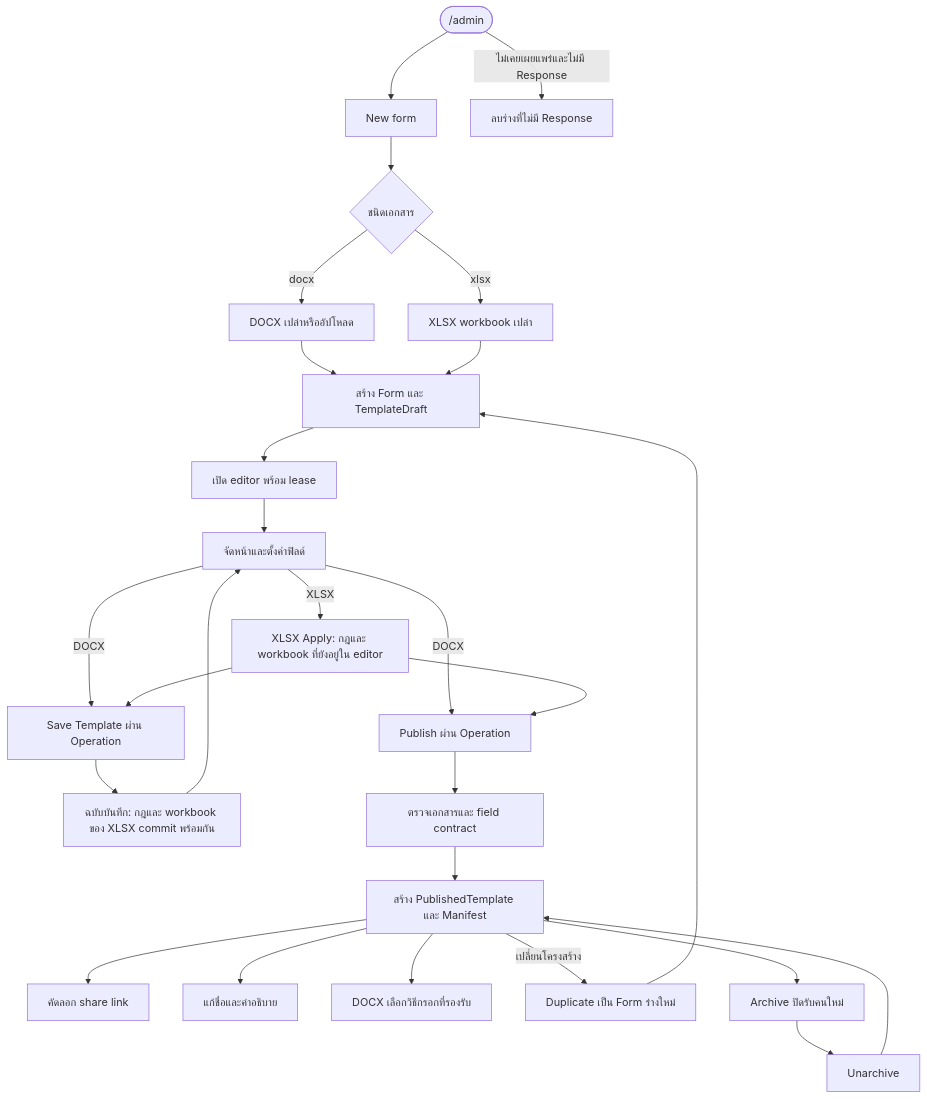
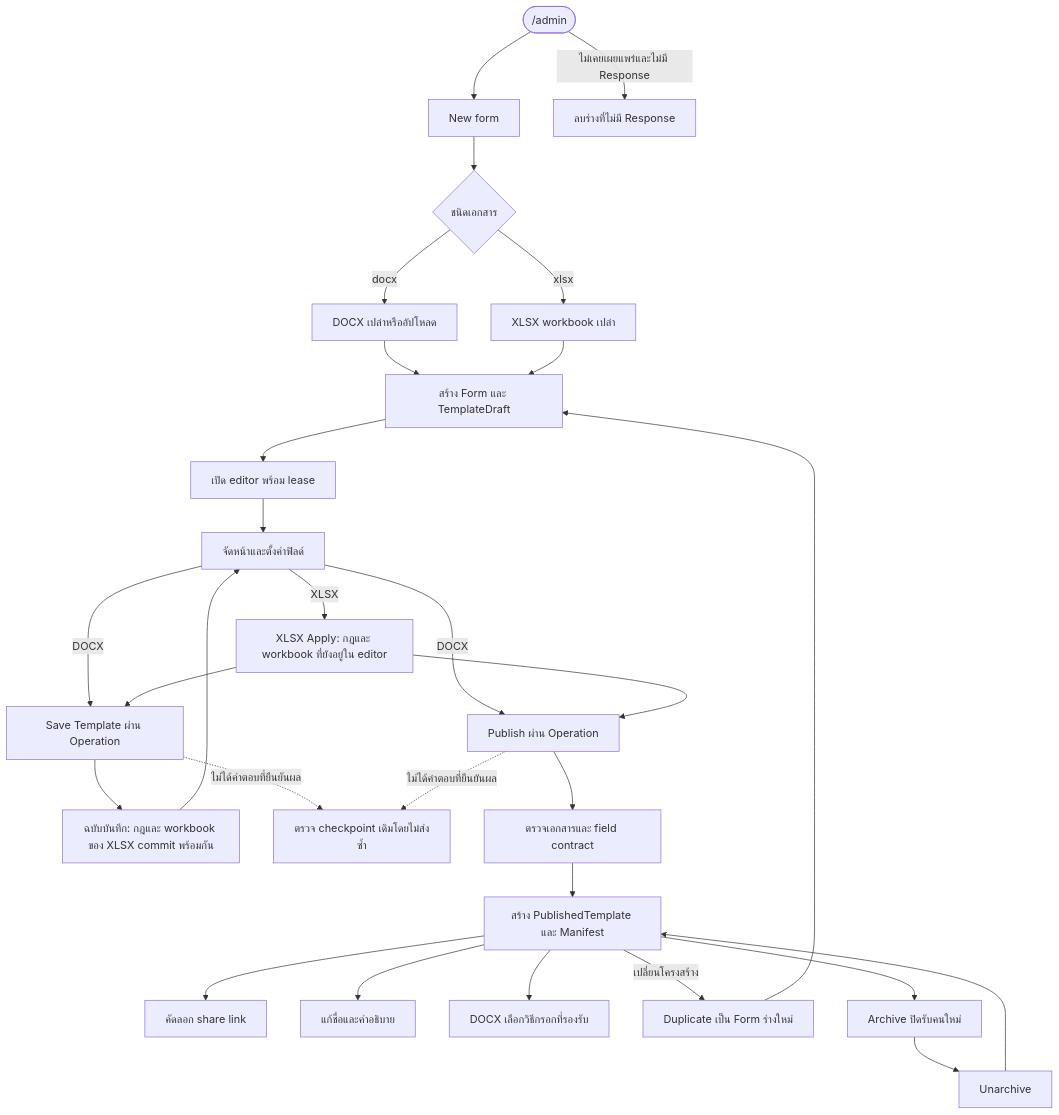
Before and after one commit to AquilaStudio2/folio-forms: the fifth of 22 diagrams in .scratch/system-workflow/system-map.md, drawn with Mermaid. The commit also changed other lines of this file and 31 other files, not shown here.

First line of the commit message:
docs(xlsx): publish verified workbook flows and record native evidence limits

````diff
--- a/.scratch/system-workflow/system-map.md
+++ b/.scratch/system-workflow/system-map.md
@@ -362,40 +364,43 @@
 ```mermaid
 flowchart TD
     list(["/admin"])
     create["New form"]
     kind{"ชนิดเอกสาร"}
     docx["DOCX เปล่าหรืออัปโหลด"]
     xlsx["XLSX workbook เปล่า"]
     draft["สร้าง Form และ TemplateDraft"]
     lease["เปิด editor พร้อม lease"]
     design["จัดหน้าและตั้งค่าฟิลด์"]
     working["XLSX Apply: กฎและ workbook ที่ยังอยู่ใน editor"]
     save["Save Template ผ่าน Operation"]
     saved["ฉบับบันทึก: กฎและ workbook ของ XLSX commit พร้อมกัน"]
     publish["Publish ผ่าน Operation"]
+    recover["ตรวจ checkpoint เดิมโดยไม่ส่งซ้ำ"]
     validate["ตรวจเอกสารและ field contract"]
     immutable["สร้าง PublishedTemplate และ Manifest"]
     share["คัดลอก share link"]
     metadata["แก้ชื่อและคำอธิบาย"]
     method["DOCX เลือกวิธีกรอกที่รองรับ"]
     duplicate["Duplicate เป็น Form ร่างใหม่"]
     archive["Archive ปิดรับคนใหม่"]
     restore["Unarchive"]
     delete["ลบร่างที่ไม่มี Response"]
     list --> create --> kind
     kind -->|"docx"| docx --> draft
     kind -->|"xlsx"| xlsx --> draft
     draft --> lease --> design
     design -->|"XLSX"| working
     design -->|"DOCX"| save
     working --> save
     save --> saved --> design
     design -->|"DOCX"| publish
     working --> publish
     publish --> validate --> immutable --> share
+    save -.->|"ไม่ได้คำตอบที่ยืนยันผล"| recover
+    publish -.->|"ไม่ได้คำตอบที่ยืนยันผล"| recover
     immutable --> metadata
     immutable --> method
     immutable -->|"เปลี่ยนโครงสร้าง"| duplicate --> draft
     immutable --> archive --> restore --> immutable
     list -->|"ไม่เคยเผยแพร่และไม่มี Response"| delete
 ```
````
